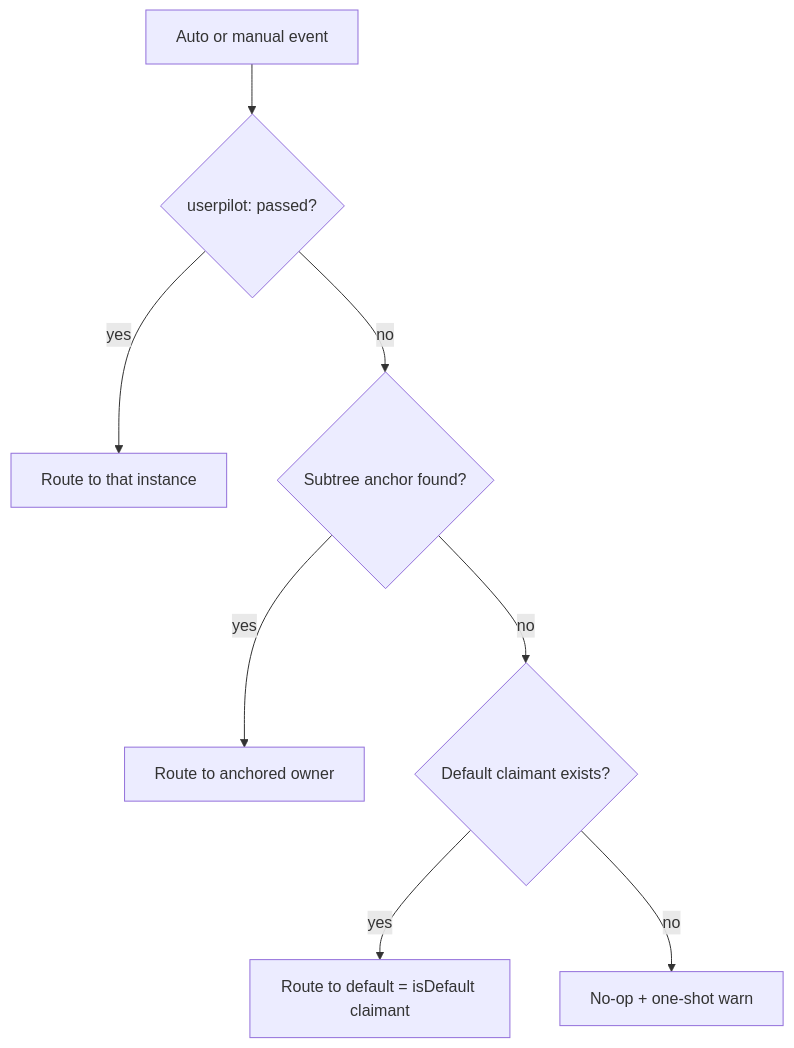
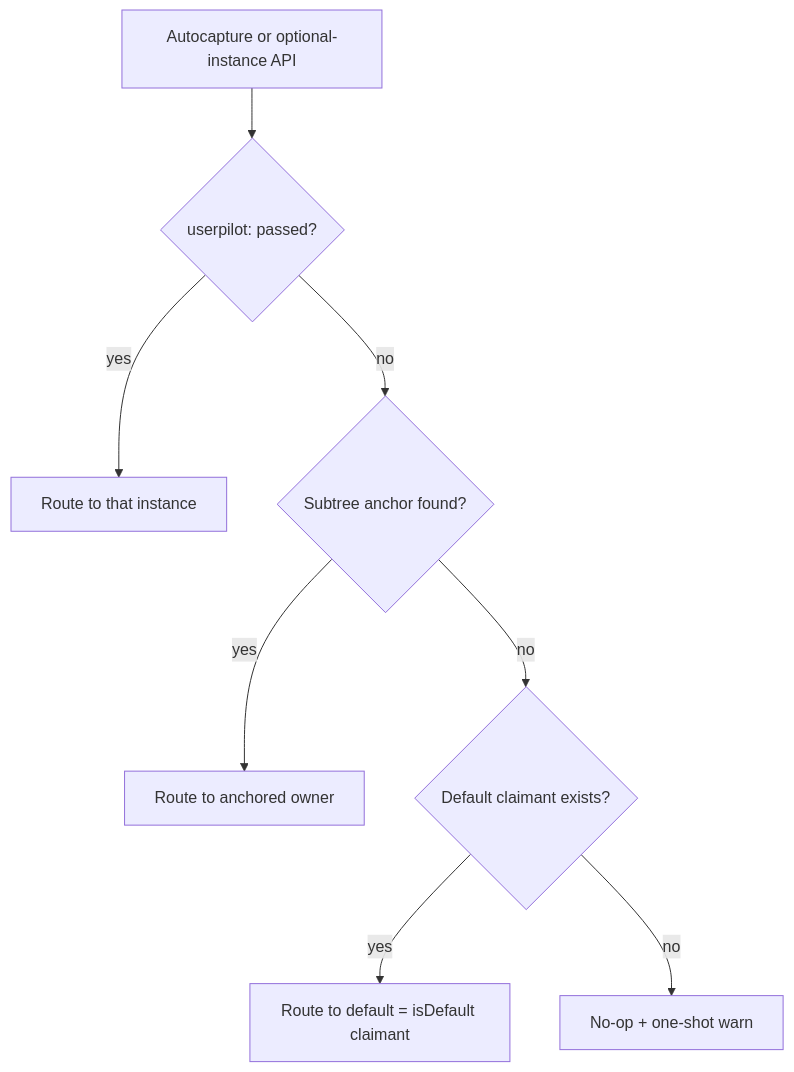
The diagram in Sources/Userpilot/Userpilot.docc/MultiInstance.md (Userpilot/ios-sdk), drawn with Mermaid before and after one commit. The commit also changed other lines of this file and 2 other files, not shown here.

First line of the commit message:
📝 docs(docc): Document multi-instance ownership and hybrid apps

````diff
--- a/Sources/Userpilot/Userpilot.docc/MultiInstance.md
+++ b/Sources/Userpilot/Userpilot.docc/MultiInstance.md
@@ -62,10 +63,10 @@
 ```mermaid
 flowchart TD
-    Event[Auto or manual event] --> Explicit{userpilot: passed?}
+    Event[Autocapture or optional-instance API] --> Explicit{userpilot: passed?}
     Explicit -- yes --> Route1[Route to that instance]
     Explicit -- no --> Anchored{Subtree anchor found?}
     Anchored -- yes --> Route2[Route to anchored owner]
     Anchored -- no --> Default{Default claimant exists?}
     Default -- yes --> Route3[Route to default = isDefault claimant]
     Default -- no --> Drop[No-op + one-shot warn]
 ```
````
